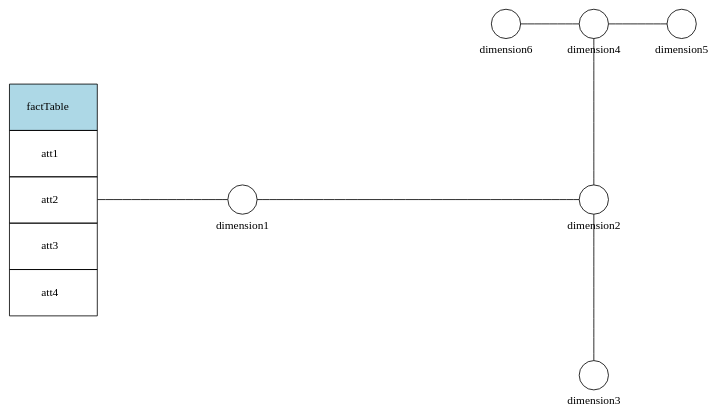
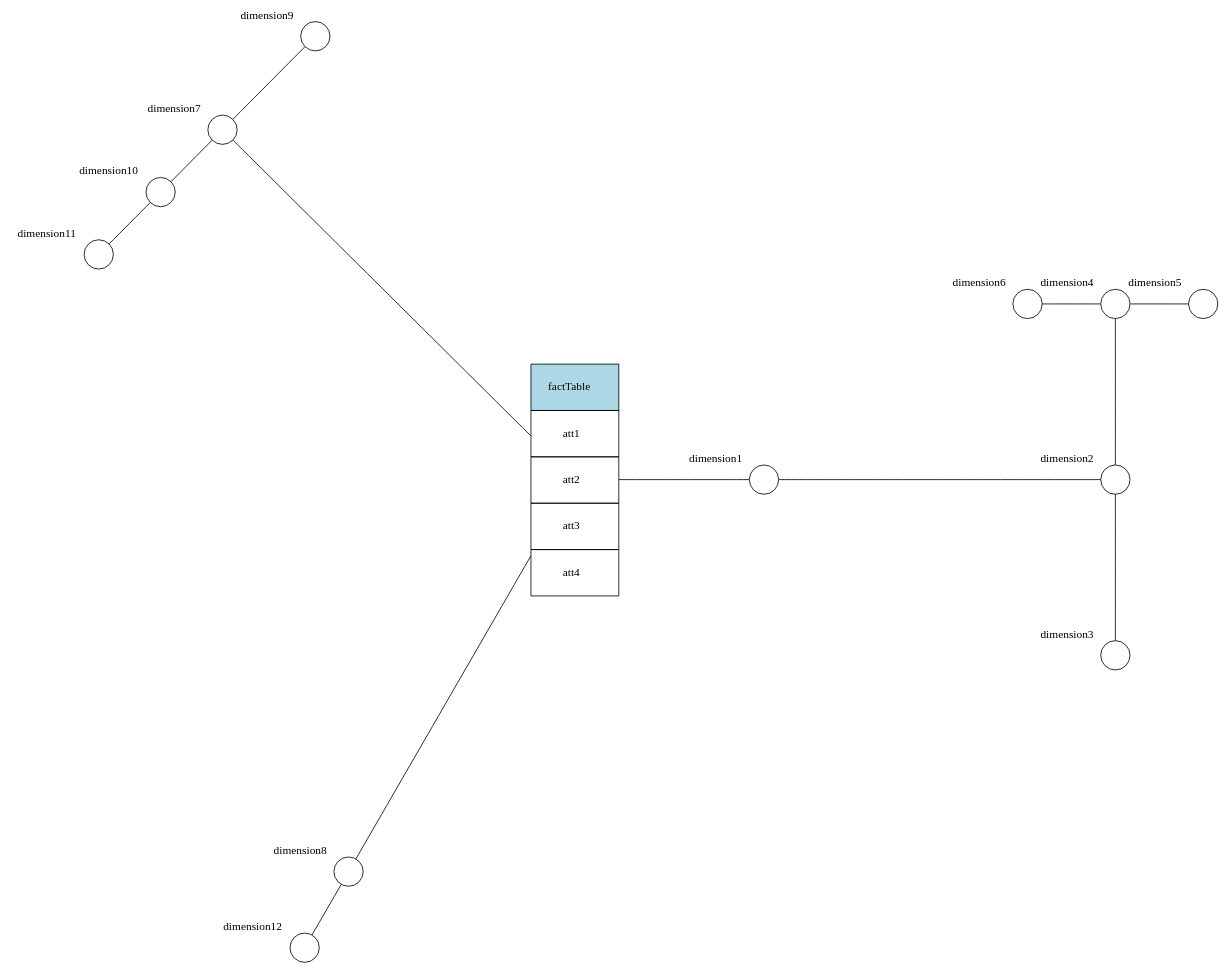
The diagram in cmd/gen/dot.dot (leonardogonfiantini/bubbly), drawn with Graphviz before and after one commit. The commit also changed 3 other files, not shown here.

```diff
--- a/cmd/gen/dot.dot
+++ b/cmd/gen/dot.dot
@@ -1,41 +1,29 @@
 digraph G {
 	layout="circo";
 	factTable->dimension1[ arrowhead=none ];
 	dimension1->dimension2[ arrowhead=none ];
 	dimension2->dimension3[ arrowhead=none ];
 	dimension2->dimension4[ arrowhead=none ];
 	dimension4->dimension5[ arrowhead=none ];
 	dimension4->dimension6[ arrowhead=none ];
-	dimension1 [ fixedsize=true, label="
-
-
-
-dimension1", shape=circle ];
-	dimension2 [ fixedsize=true, label="
-
-
-
-dimension2", shape=circle ];
-	dimension3 [ fixedsize=true, label="
-
-
-
-dimension3", shape=circle ];
-	dimension4 [ fixedsize=true, label="
-
-
-
-dimension4", shape=circle ];
-	dimension5 [ fixedsize=true, label="
-
-
-
-dimension5", shape=circle ];
-	dimension6 [ fixedsize=true, label="
-
-
-
-dimension6", shape=circle ];
+	factTable->dimension7[ arrowhead=none ];
+	factTable->dimension8[ arrowhead=none ];
+	dimension7->dimension9[ arrowhead=none ];
+	dimension7->dimension10[ arrowhead=none ];
+	dimension10->dimension11[ arrowhead=none ];
+	dimension8->dimension12[ arrowhead=none ];
+	dimension1 [ fixedsize=true, label="", shape=circle, xlabel=dimension1 ];
+	dimension10 [ fixedsize=true, label="", shape=circle, xlabel=dimension10 ];
+	dimension11 [ fixedsize=true, label="", shape=circle, xlabel=dimension11 ];
+	dimension12 [ fixedsize=true, label="", shape=circle, xlabel=dimension12 ];
+	dimension2 [ fixedsize=true, label="", shape=circle, xlabel=dimension2 ];
+	dimension3 [ fixedsize=true, label="", shape=circle, xlabel=dimension3 ];
+	dimension4 [ fixedsize=true, label="", shape=circle, xlabel=dimension4 ];
+	dimension5 [ fixedsize=true, label="", shape=circle, xlabel=dimension5 ];
+	dimension6 [ fixedsize=true, label="", shape=circle, xlabel=dimension6 ];
+	dimension7 [ fixedsize=true, label="", shape=circle, xlabel=dimension7 ];
+	dimension8 [ fixedsize=true, label="", shape=circle, xlabel=dimension8 ];
+	dimension9 [ fixedsize=true, label="", shape=circle, xlabel=dimension9 ];
 	factTable [ label=<<table border="0" cellborder="1" cellspacing="0" cellpadding="20"> <tr> <td bgcolor="lightblue">factTable</td> </tr><tr> <td>att1</td> </tr><tr> <td>att2</td> </tr><tr> <td>att3</td> </tr><tr> <td>att4</td> </tr></table>>, root=true, shape=plain ];
 
 }
```
